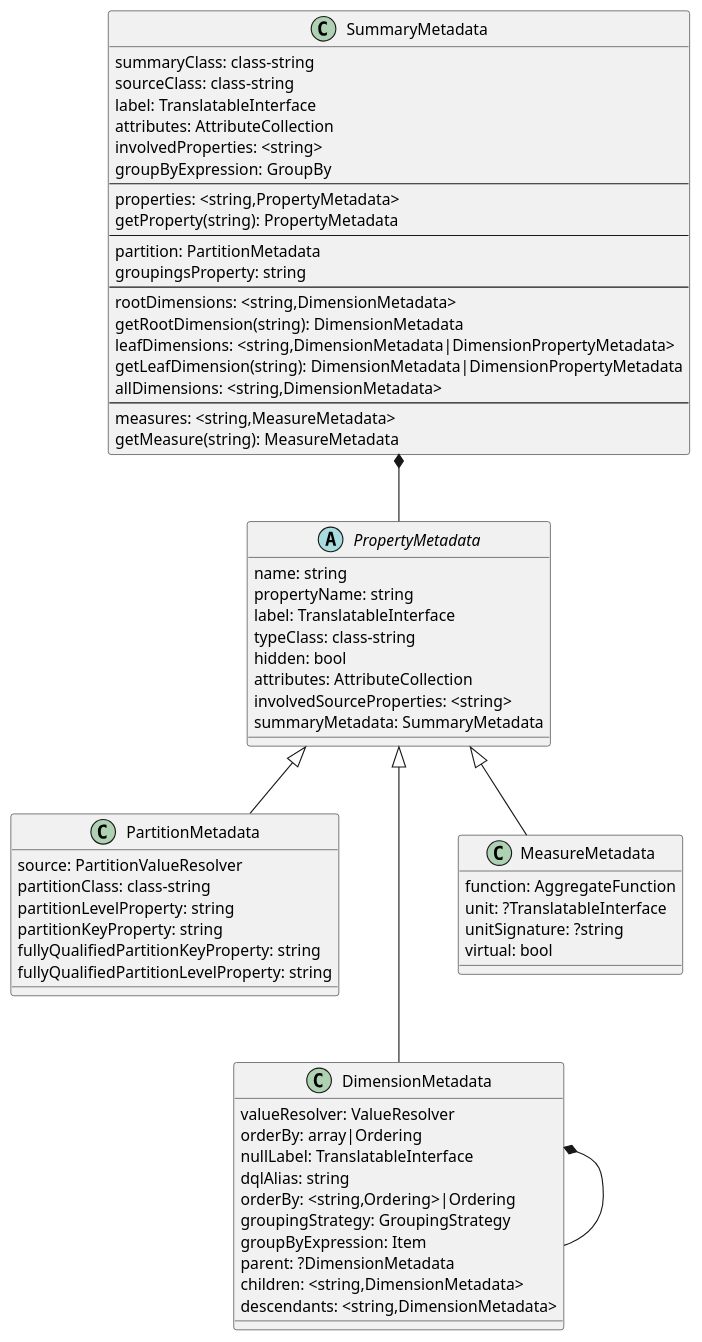
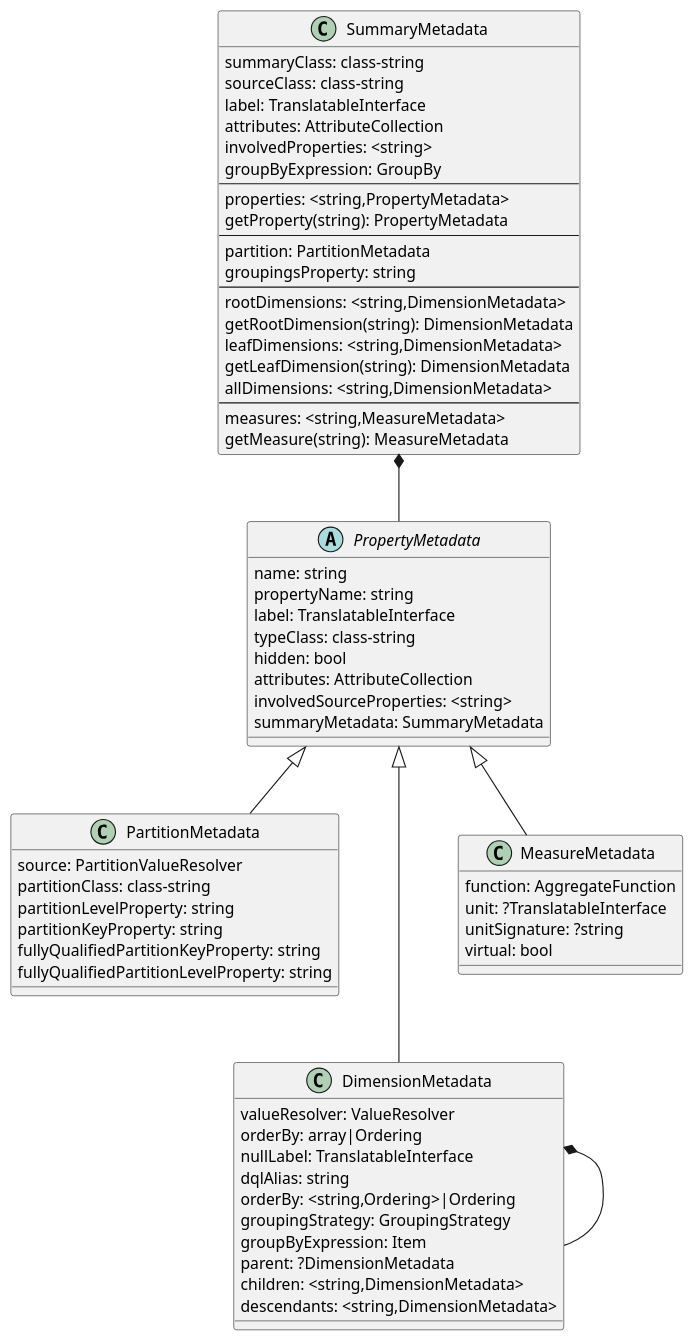
The diagram in docs/analytics/10-metadata/diagrams/summary.puml (rekalogika/rekalogika-docs), drawn with PlantUML before and after one commit.

```diff
--- a/docs/analytics/10-metadata/diagrams/summary.puml
+++ b/docs/analytics/10-metadata/diagrams/summary.puml
@@ -1,76 +1,76 @@
 @startuml
 
 class SummaryMetadata {
     summaryClass: class-string
     sourceClass: class-string
     label: TranslatableInterface
     attributes: AttributeCollection
     involvedProperties: <string>
     groupByExpression: GroupBy
     ---
     properties: <string,PropertyMetadata>
     getProperty(string): PropertyMetadata
     ---
     partition: PartitionMetadata
     groupingsProperty: string
     ---
     rootDimensions: <string,DimensionMetadata>
     getRootDimension(string): DimensionMetadata
-    leafDimensions: <string,DimensionMetadata|DimensionPropertyMetadata>
-    getLeafDimension(string): DimensionMetadata|DimensionPropertyMetadata
+    leafDimensions: <string,DimensionMetadata>
+    getLeafDimension(string): DimensionMetadata
     allDimensions: <string,DimensionMetadata>
     ---
     measures: <string,MeasureMetadata>
     getMeasure(string): MeasureMetadata
 }
 
 abstract PropertyMetadata {
     name: string
     propertyName: string
     label: TranslatableInterface
     typeClass: class-string
     hidden: bool
     attributes: AttributeCollection
     involvedSourceProperties: <string>
     summaryMetadata: SummaryMetadata
 }
 
 SummaryMetadata *-- PropertyMetadata
 
 class PartitionMetadata {
     source: PartitionValueResolver
     partitionClass: class-string
     partitionLevelProperty: string
     partitionKeyProperty: string
     fullyQualifiedPartitionKeyProperty: string
     fullyQualifiedPartitionLevelProperty: string
 }
 
 PropertyMetadata <|-- PartitionMetadata
 
 class DimensionMetadata {
     valueResolver: ValueResolver
     orderBy: array|Ordering
     nullLabel: TranslatableInterface
     dqlAlias: string
     orderBy: <string,Ordering>|Ordering
     groupingStrategy: GroupingStrategy
     groupByExpression: Item
     parent: ?DimensionMetadata
     children: <string,DimensionMetadata>
     descendants: <string,DimensionMetadata>
 }
 
 PropertyMetadata <|--- DimensionMetadata
 DimensionMetadata *-- DimensionMetadata
 
 class MeasureMetadata {
     function: AggregateFunction
     unit: ?TranslatableInterface
     unitSignature: ?string
     virtual: bool
 }
 
 PropertyMetadata <|-- MeasureMetadata
 
 @enduml
```
